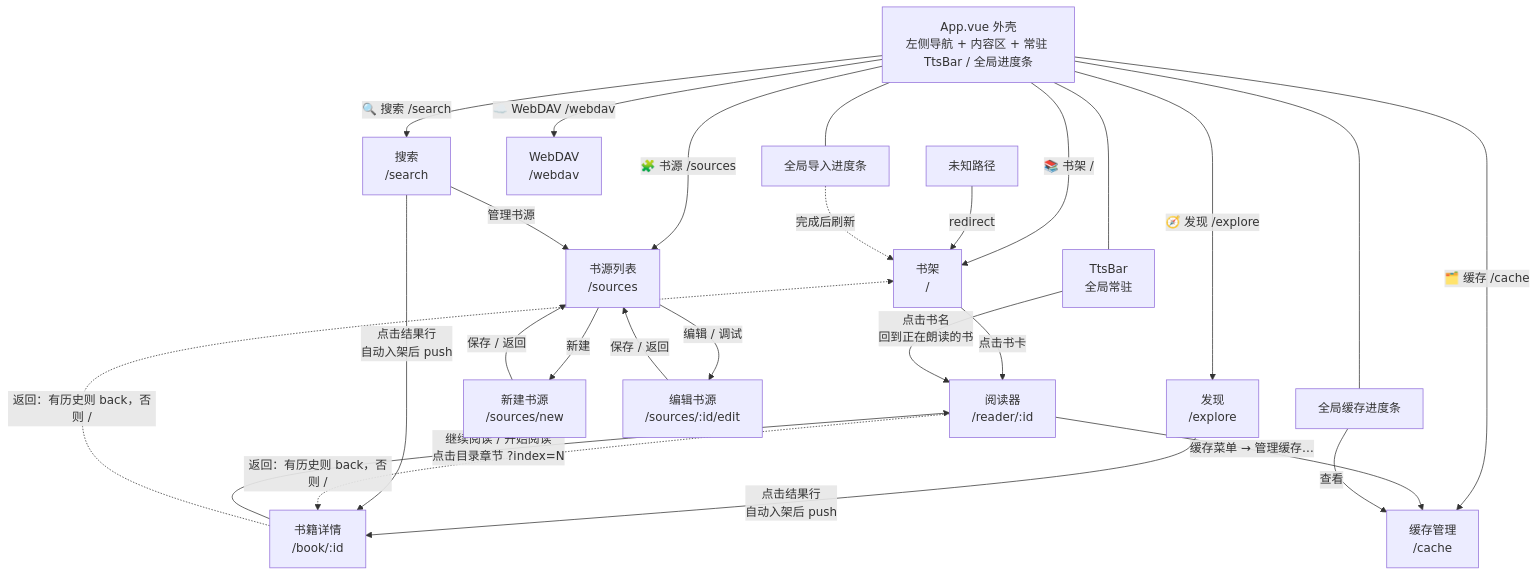
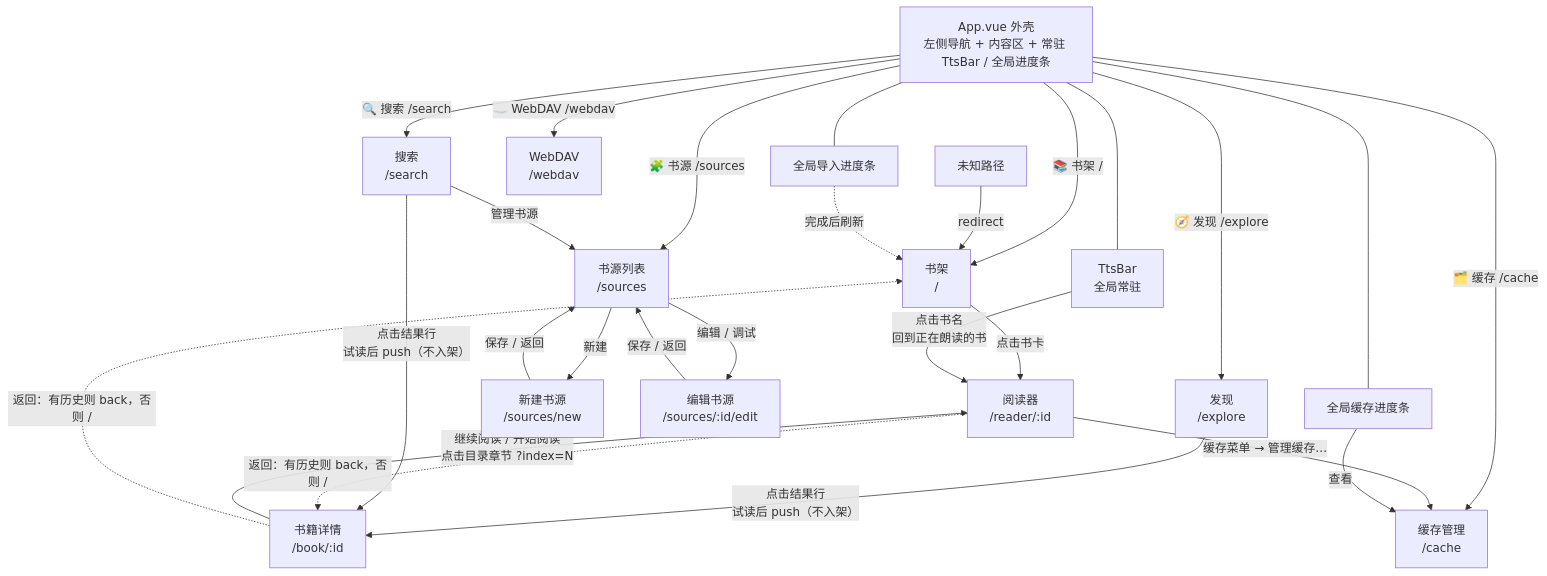
One commit to bingxl/legado changed diagram 14 of 21 in desktop/ARCHITECTURE-FLOWS.md. Above: the diagram before and after it, drawn with Mermaid. The commit also changed other lines of this file and 125 other files, not shown here.

````diff
--- a/desktop/ARCHITECTURE-FLOWS.md
+++ b/desktop/ARCHITECTURE-FLOWS.md
@@ -571,37 +583,37 @@
 ```mermaid
 flowchart TB
   SHELL["App.vue 外壳<br/>左侧导航 + 内容区 + 常驻 TtsBar / 全局进度条"]
 
   SHELL -->|"📚 书架 /"| SHELF["书架<br/>/"]
   SHELL -->|"🧭 发现 /explore"| EXPLORE["发现<br/>/explore"]
   SHELL -->|"🔍 搜索 /search"| SEARCH["搜索<br/>/search"]
   SHELL -->|"🗂️ 缓存 /cache"| CACHE["缓存管理<br/>/cache"]
   SHELL -->|"🧩 书源 /sources"| SOURCES["书源列表<br/>/sources"]
   SHELL -->|"☁️ WebDAV /webdav"| WEBDAV["WebDAV<br/>/webdav"]
 
   UNKNOWN["未知路径"] -->|"redirect"| SHELF
 
   SHELF -->|"点击书卡"| READER["阅读器<br/>/reader/:id"]
-  EXPLORE -->|"点击结果行<br/>自动入架后 push"| BOOK["书籍详情<br/>/book/:id"]
-  SEARCH -->|"点击结果行<br/>自动入架后 push"| BOOK
+  EXPLORE -->|"点击结果行<br/>试读后 push（不入架）"| BOOK["书籍详情<br/>/book/:id"]
+  SEARCH -->|"点击结果行<br/>试读后 push（不入架）"| BOOK
   SEARCH -->|"管理书源"| SOURCES
 
   BOOK -->|"继续阅读 / 开始阅读<br/>点击目录章节 ?index=N"| READER
   BOOK -.->|"返回：有历史则 back，否则 /"| SHELF
 
   READER -->|"缓存菜单 → 管理缓存…"| CACHE
   READER -.->|"返回：有历史则 back，否则 /"| BOOK
 
   SOURCES -->|"新建"| NEW["新建书源<br/>/sources/new"]
   SOURCES -->|"编辑 / 调试"| EDIT["编辑书源<br/>/sources/:id/edit"]
   NEW -->|"保存 / 返回"| SOURCES
   EDIT -->|"保存 / 返回"| SOURCES
 
   TTS["TtsBar<br/>全局常驻"] -->|"点击书名<br/>回到正在朗读的书"| READER
   CBAR["全局缓存进度条"] -->|"查看"| CACHE
   IBAR["全局导入进度条"] -.->|"完成后刷新"| SHELF
 
   SHELL --- TTS
   SHELL --- CBAR
   SHELL --- IBAR
 ```
````
